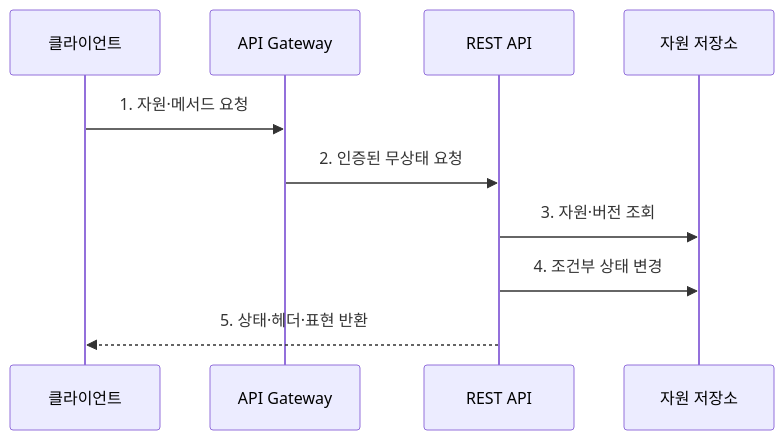
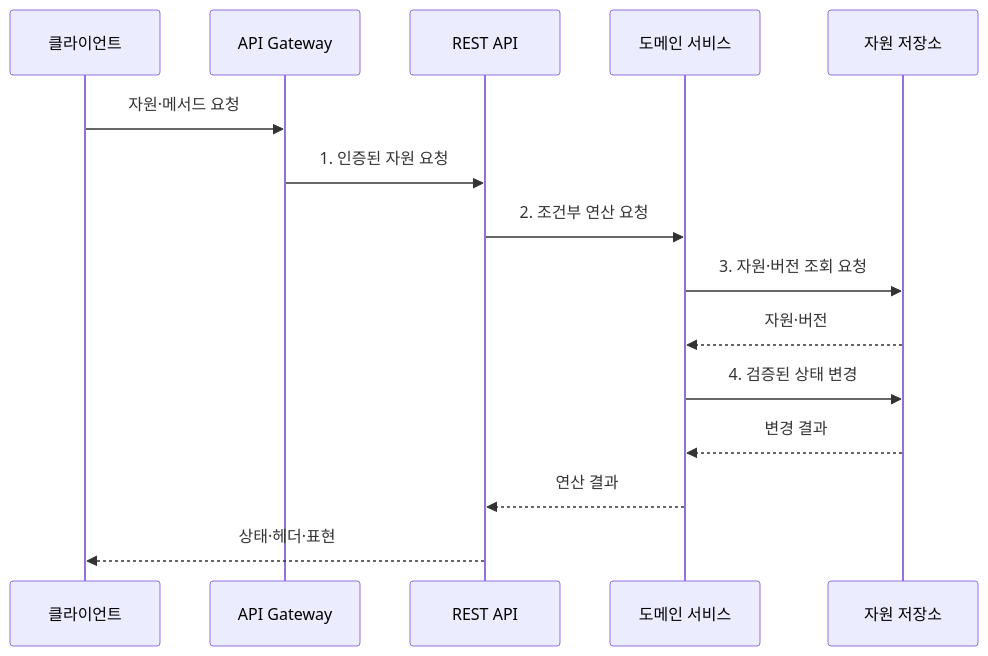
Before and after one commit to agnusdei1207/knowledge-base: the second of 2 diagrams in src/content/docs/notes/03-software/171_restful_api_design.md, drawn with Mermaid. The commit also changed other lines of this file and 20 other files, not shown here.

````diff
--- a/src/content/docs/notes/03-software/171_restful_api_design.md
+++ b/src/content/docs/notes/03-software/171_restful_api_design.md
@@ -84,12 +84,17 @@
 ```mermaid
 sequenceDiagram
     participant C as 클라이언트
     participant G as API Gateway
     participant A as REST API
-    participant D as 자원 저장소
-    C->>G: 1. 자원·메서드 요청
-    G->>A: 2. 인증된 무상태 요청
-    A->>D: 3. 자원·버전 조회
-    A->>D: 4. 조건부 상태 변경
-    A-->>C: 5. 상태·헤더·표현 반환
+    participant D as 도메인 서비스
+    participant S as 자원 저장소
+    C->>G: 자원·메서드 요청
+    G->>A: 1. 인증된 자원 요청
+    A->>D: 2. 조건부 연산 요청
+    D->>S: 3. 자원·버전 조회 요청
+    S-->>D: 자원·버전
+    D->>S: 4. 검증된 상태 변경
+    S-->>D: 변경 결과
+    D-->>A: 연산 결과
+    A-->>C: 상태·헤더·표현
 ```
````
